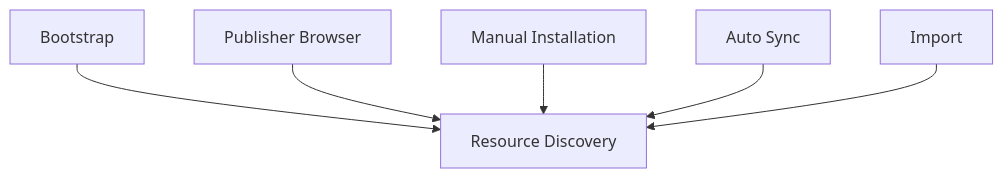
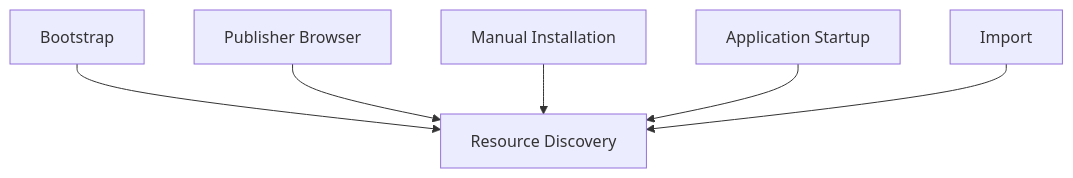
One commit to kjvonly/kjvonly.bible changed diagram 20 of 21 in docs/architecture/0005-resource-discovery.md. Above: the diagram before and after it, drawn with Mermaid. The commit also changed other lines of this file, not shown here.

````diff
--- a/docs/architecture/0005-resource-discovery.md
+++ b/docs/architecture/0005-resource-discovery.md
@@ -821,15 +821,15 @@
 ```mermaid
 flowchart TD
 
     BOOTSTRAP["Bootstrap"]
     BROWSE["Publisher Browser"]
     INSTALL["Manual Installation"]
-    AUTOSYNC["Auto Sync"]
+    STARTUP["Application Startup"]
     IMPORT["Import"]
 
     BOOTSTRAP --> DISCOVERY["Resource Discovery"]
     BROWSE --> DISCOVERY
     INSTALL --> DISCOVERY
-    AUTOSYNC --> DISCOVERY
+    STARTUP --> DISCOVERY
     IMPORT --> DISCOVERY
 ```
````
